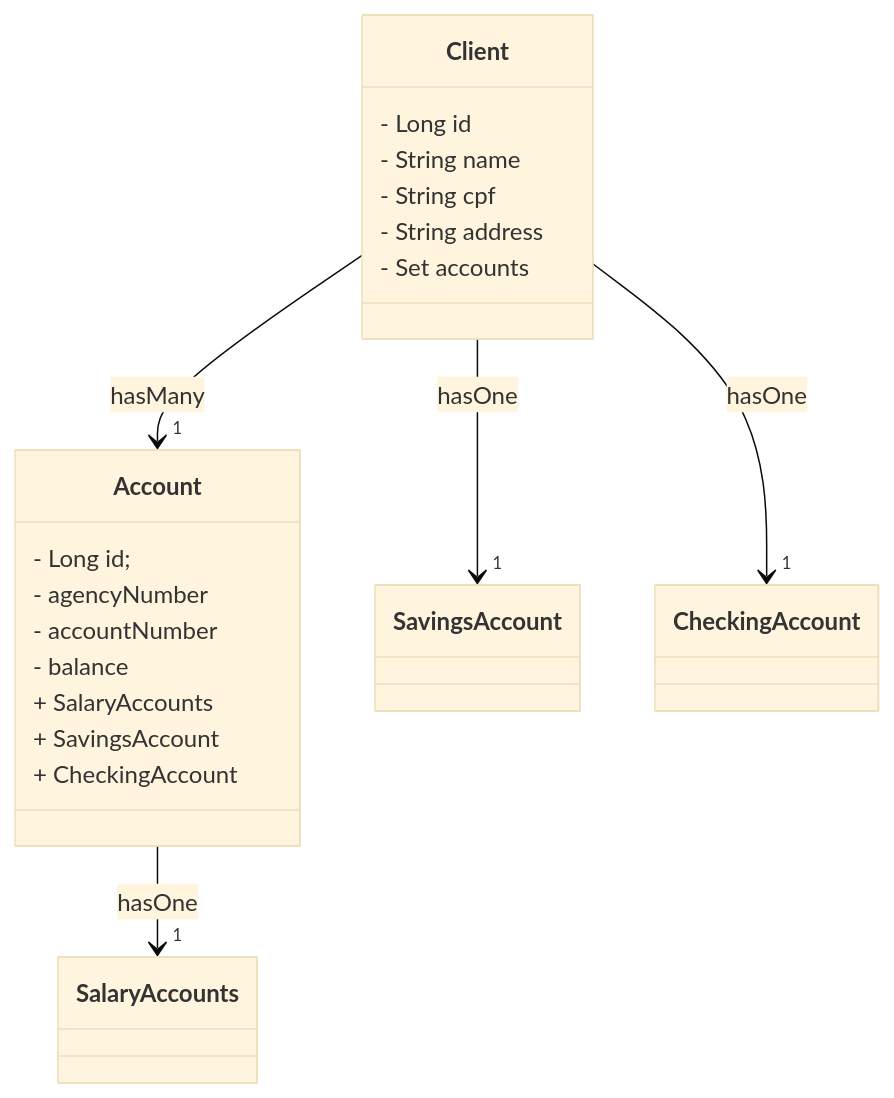
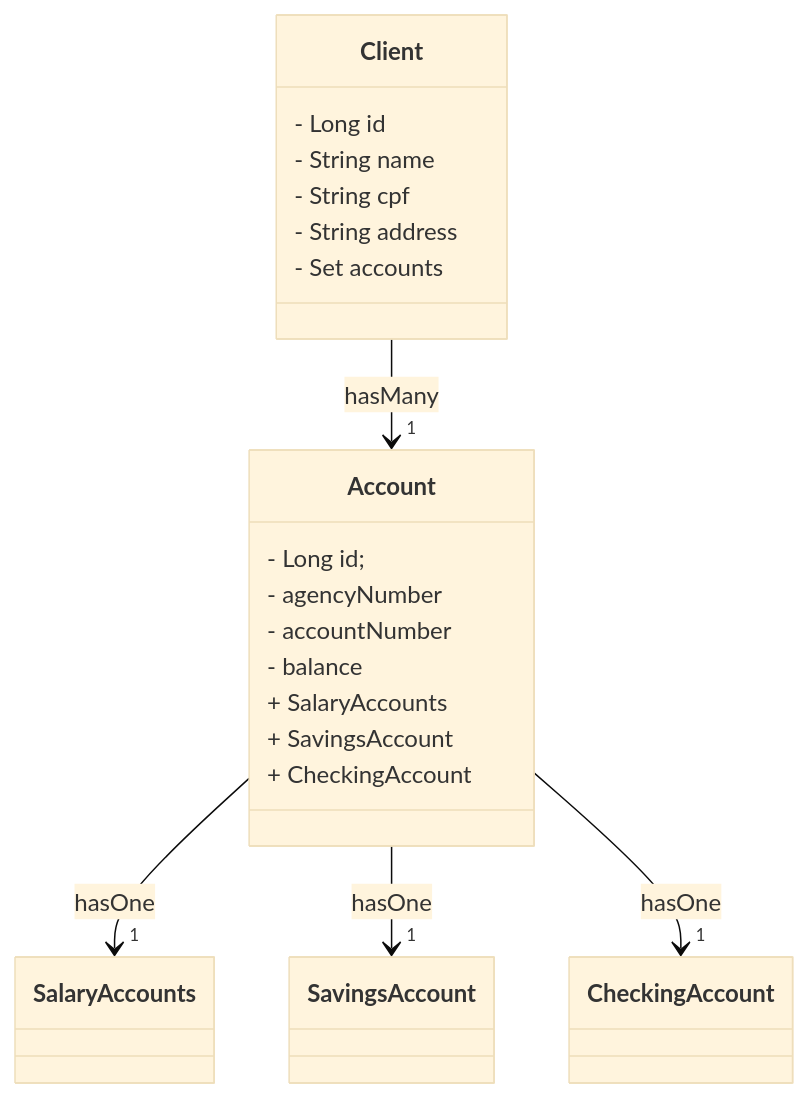
Before and after one commit to RenanReisFernandes/dio_bank: the diagram in README.md, drawn with Mermaid (base theme).

````diff
--- a/README.md
+++ b/README.md
@@ -14,26 +14,26 @@
 ```mermaid
 classDiagram
    class Client {
       -  Long id
       -  String name
       -  String cpf
       -  String address
       -  Set<Account> accounts
     }
 
     class Account{
     -  Long id;
     - agencyNumber
 	- accountNumber
 	- balance
     + SalaryAccounts
     + SavingsAccount
     + CheckingAccount
     }
     
 
     Client --> "1" Account : hasMany
     Account --> "1" SalaryAccounts : hasOne
-    Client --> "1" SavingsAccount : hasOne
-    Client --> "1" CheckingAccount : hasOne
+    Account --> "1" SavingsAccount : hasOne
+    Account --> "1" CheckingAccount : hasOne
 ```
````
